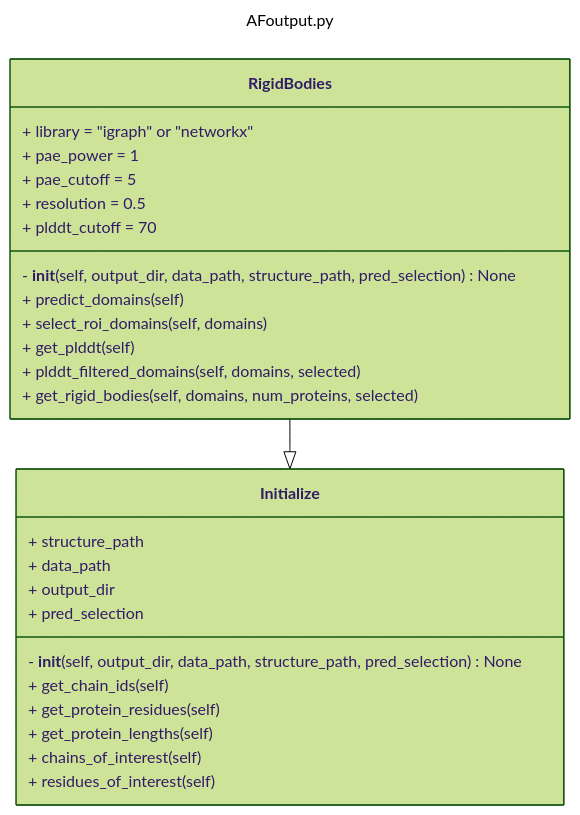
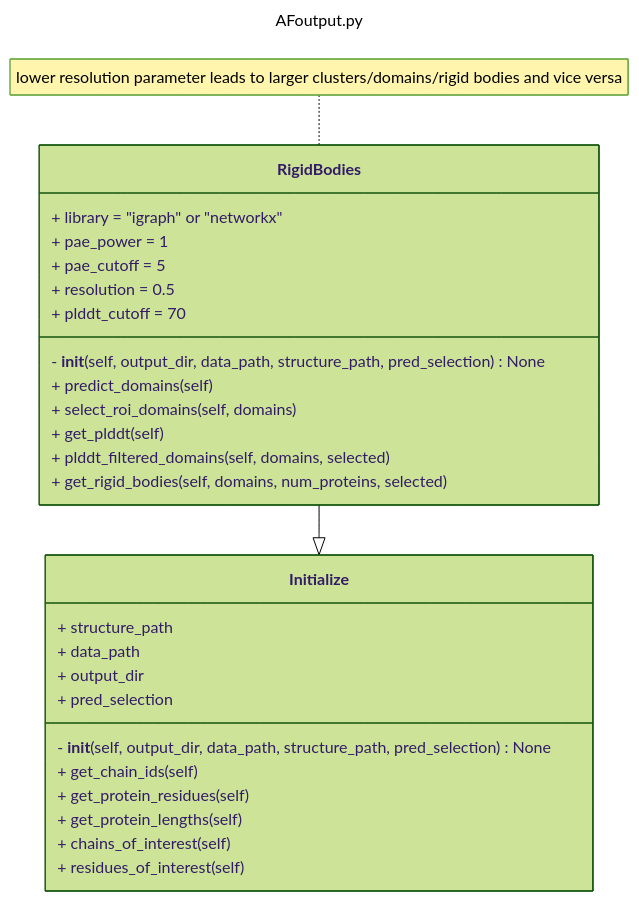
Before and after one commit to isblab/IMP_Toolbox: the diagram in af_pipeline/README.md, drawn with Mermaid (forest theme).

````diff
--- a/af_pipeline/README.md
+++ b/af_pipeline/README.md
@@ -12,34 +12,36 @@
 ```mermaid
 ---
 title: AFoutput.py
 ---
 classDiagram
     class Initialize {
         + structure_path
         + data_path
         + output_dir
         + pred_selection
         - __init__(self, output_dir, data_path, structure_path, pred_selection) None
         + get_chain_ids(self)
         + get_protein_residues(self)
         + get_protein_lengths(self)
         + chains_of_interest(self)
         + residues_of_interest(self)
     }
 
+    note for RigidBodies "lower resolution parameter leads to larger clusters/domains/rigid bodies and vice versa"
+    end
     class RigidBodies {
         + library = "igraph" or "networkx"
         + pae_power = 1
         + pae_cutoff = 5
         + resolution = 0.5
         + plddt_cutoff = 70
         - __init__(self, output_dir, data_path, structure_path, pred_selection) None
         + predict_domains(self)
         + select_roi_domains(self, domains)
         + get_plddt(self)
         + plddt_filtered_domains(self, domains, selected)
         + get_rigid_bodies(self, domains, num_proteins, selected)
     }
 
     RigidBodies --|> Initialize
 ```
````
